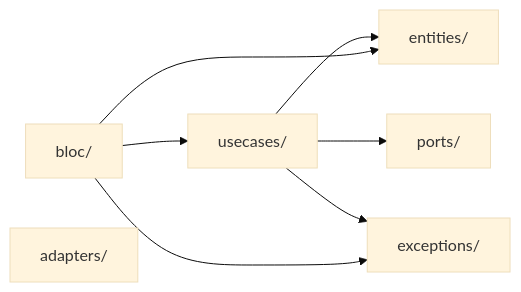
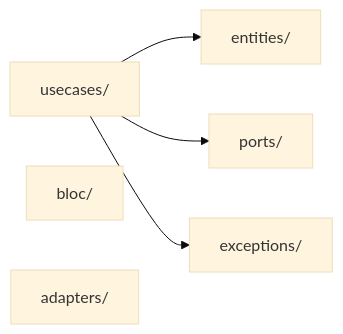
The diagram in rules/flutter/base/lint-rules-diagram.md (JosephNK/jkit-code-plugin), drawn with Mermaid (base theme) before and after one commit. The commit also changed 4 other files, not shown here.

First line of the commit message:
feat(architecture_lint): E3 bloc 외부 import 화이트리스트 enforce + entry-point 매칭

````diff
--- a/rules/flutter/base/lint-rules-diagram.md
+++ b/rules/flutter/base/lint-rules-diagram.md
@@ -10,15 +10,12 @@
 ```mermaid
 graph LR
   usecases["usecases/"]
   entities["entities/"]
   ports["ports/"]
   exceptions["exceptions/"]
   bloc["bloc/"]
   adapters["adapters/"]
   usecases --> entities
   usecases --> ports
   usecases --> exceptions
-  bloc --> usecases
-  bloc --> entities
-  bloc --> exceptions
 ```
````
